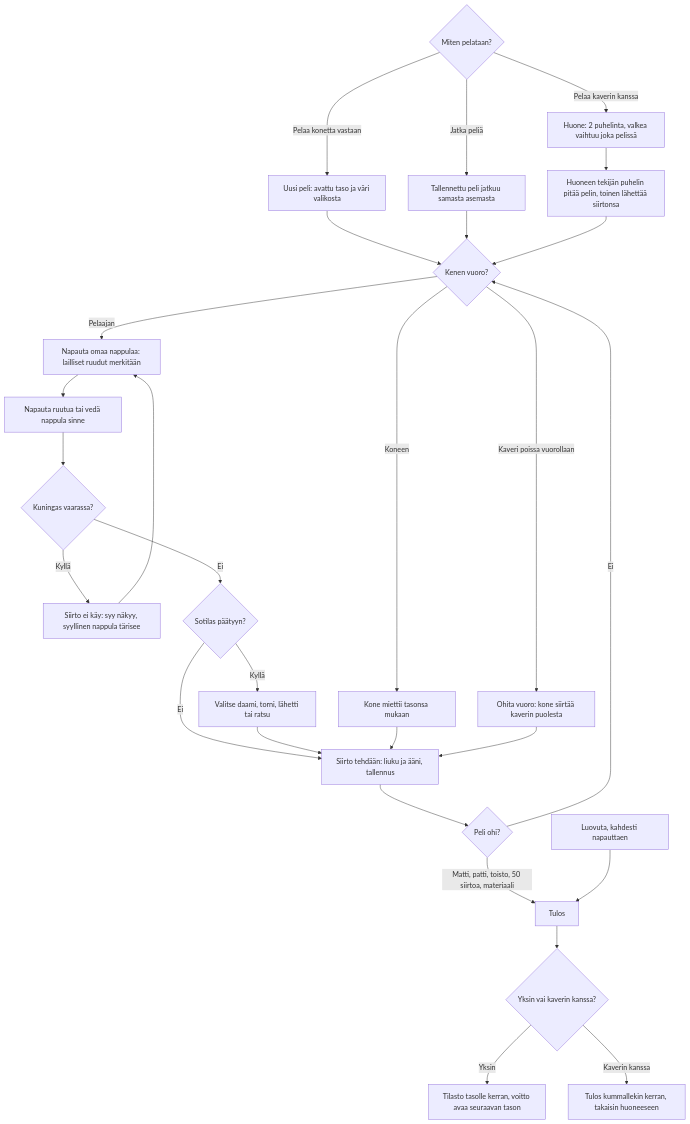
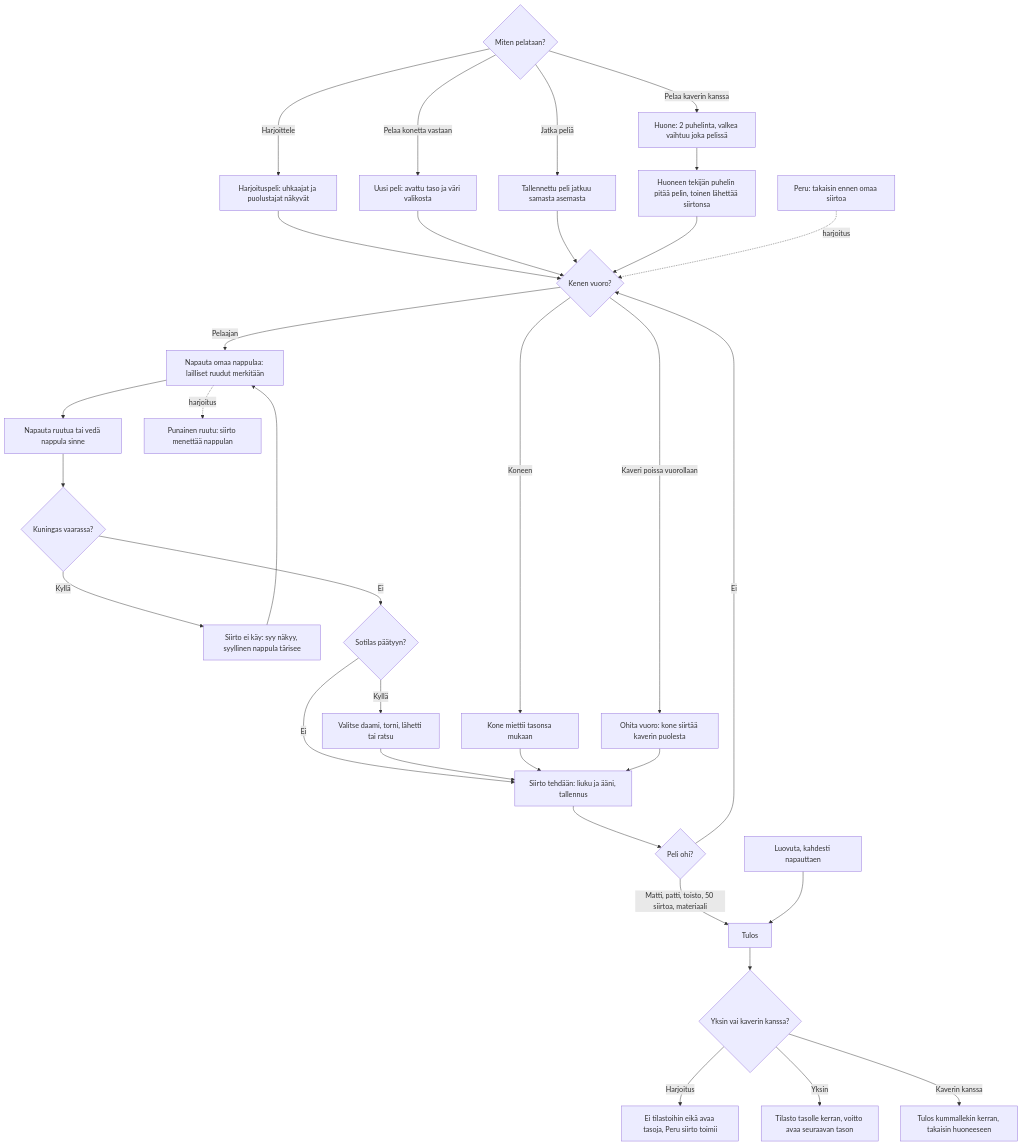
The diagram in docs/diagrams/shakki.md (eerovil/ai-pelit), drawn with Mermaid before and after one commit. The commit also changed other lines of this file and 4 other files, not shown here.

Commit message:
Shakki v3: practice mode with style C fixed, tests and diagram

````diff
--- a/docs/diagrams/shakki.md
+++ b/docs/diagrams/shakki.md
@@ -9,38 +10,43 @@
 ```mermaid
 flowchart TD
   S{Miten pelataan?}
   S -- Pelaa konetta vastaan --> A[Uusi peli: avattu taso ja väri valikosta]
   S -- Jatka peliä --> A2[Tallennettu peli jatkuu samasta asemasta]
+  S -- Harjoittele --> H[Harjoituspeli: uhkaajat ja puolustajat näkyvät]
+  H --> B
   S -- Pelaa kaverin kanssa --> R[Huone: 2 puhelinta, valkea vaihtuu joka pelissä]
   R --> R2[Huoneen tekijän puhelin pitää pelin, toinen lähettää siirtonsa]
   A --> B
   A2 --> B
   R2 --> B
   B{Kenen vuoro?}
   B -- Pelaajan --> C[Napauta omaa nappulaa: lailliset ruudut merkitään]
   C --> D[Napauta ruutua tai vedä nappula sinne]
+  C -. harjoitus .-> HR[Punainen ruutu: siirto menettää nappulan]
   D --> W{Kuningas vaarassa?}
   W -- Kyllä --> W2[Siirto ei käy: syy näkyy, syyllinen nappula tärisee]
   W2 --> C
   W -- Ei --> P{Sotilas päätyyn?}
   P -- Kyllä --> P2[Valitse daami, torni, lähetti tai ratsu]
   P -- Ei --> M
   P2 --> M
   B -- Koneen --> K[Kone miettii tasonsa mukaan]
   K --> M
   B -- Kaveri poissa vuorollaan --> K2[Ohita vuoro: kone siirtää kaverin puolesta]
   K2 --> M
   M[Siirto tehdään: liuku ja ääni, tallennus] --> E{Peli ohi?}
   E -- Ei --> B
   E -- Matti, patti, toisto, 50 siirtoa, materiaali --> F[Tulos]
   L[Luovuta, kahdesti napauttaen] --> F
+  U[Peru: takaisin ennen omaa siirtoa] -. harjoitus .-> B
   F --> T{Yksin vai kaverin kanssa?}
+  T -- Harjoitus --> T3[Ei tilastoihin eikä avaa tasoja, Peru siirto toimii]
   T -- Yksin --> T1[Tilasto tasolle kerran, voitto avaa seuraavan tason]
   T -- Kaverin kanssa --> T2[Tulos kummallekin kerran, takaisin huoneeseen]
   class R,R2,K2,T2 violet
   class S,B,P,E,T,W amber
-  class A,A2,C,D,P2,M,W2 blue
+  class A,A2,C,D,P2,M,W2,H,HR,U,T3 blue
   class K teal
   class F,T1 green
   class L rose
 ```
````
